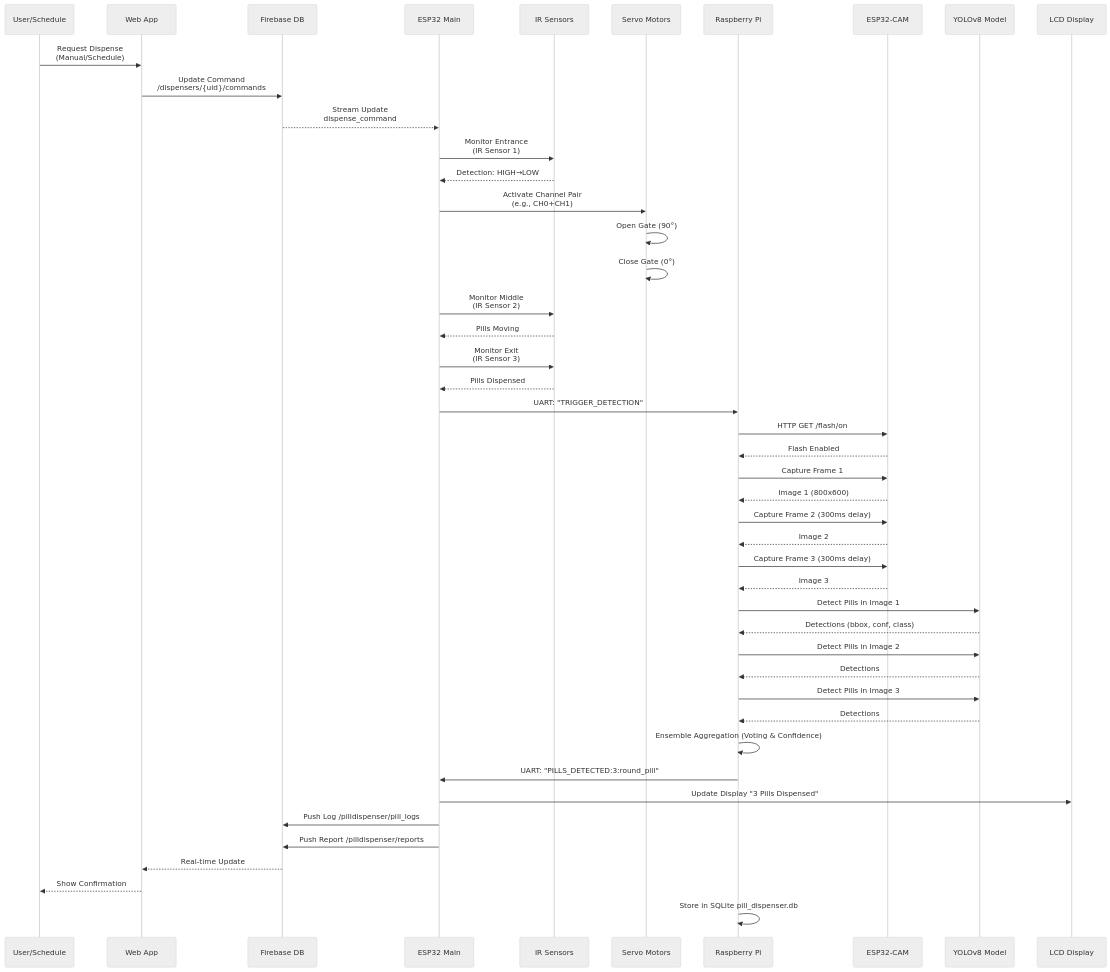
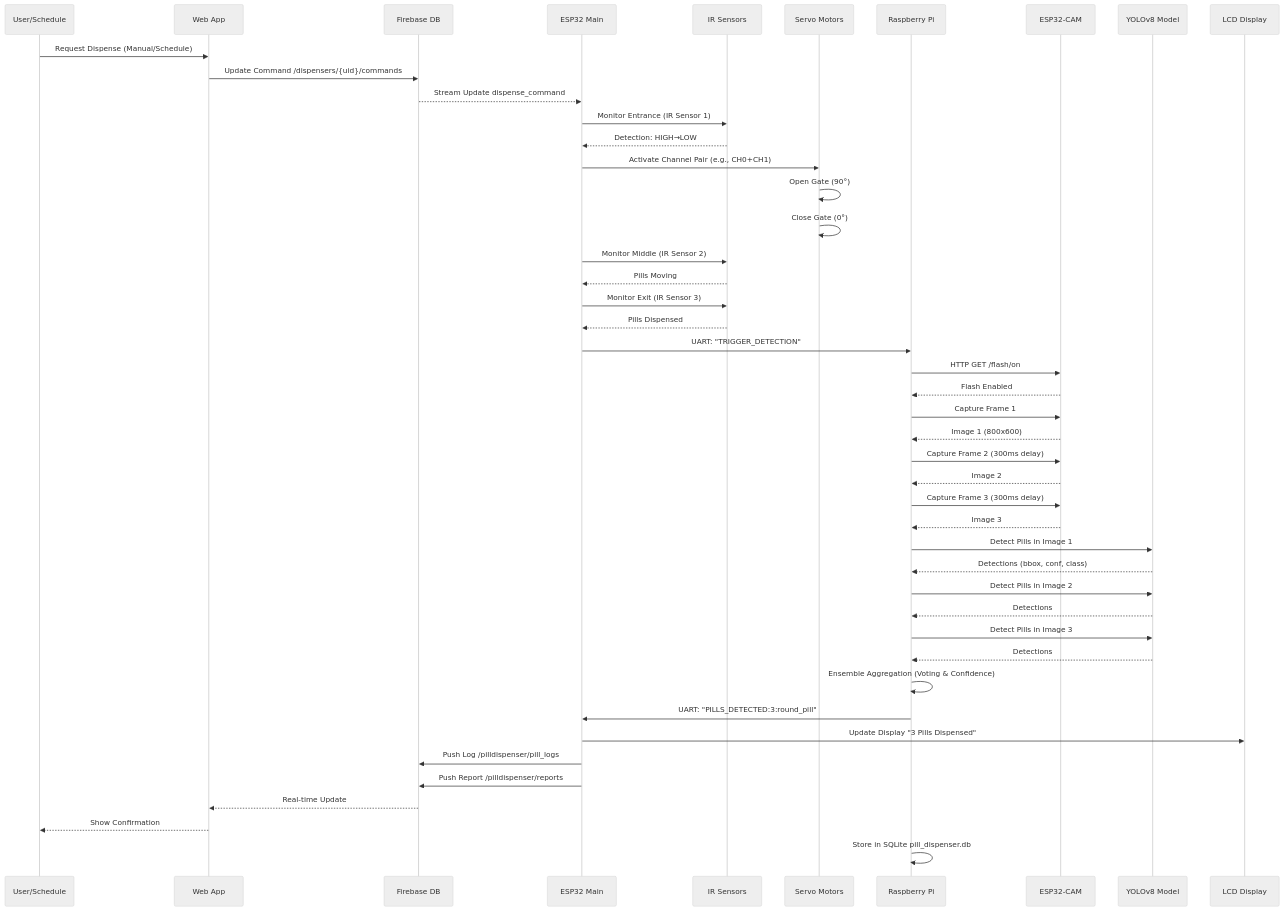
The fifth of 17 diagrams in diagram/MERMAID_DIAGRAMS.md (qppd/Pill-Dispenser-V3), drawn with Mermaid (neutral theme) before and after one commit. The commit also changed other lines of this file, not shown here.

Commit message:
Update Mermaid diagrams with rendering fixes

````diff
--- a/diagram/MERMAID_DIAGRAMS.md
+++ b/diagram/MERMAID_DIAGRAMS.md
@@ -257,61 +257,61 @@
 ```mermaid
 sequenceDiagram
     participant User as User/Schedule
     participant Web as Web App
     participant Firebase as Firebase DB
     participant ESP32 as ESP32 Main
     participant IR as IR Sensors
     participant Servo as Servo Motors
     participant RPI as Raspberry Pi
     participant CAM as ESP32-CAM
     participant YOLO as YOLOv8 Model
     participant LCD as LCD Display
     
-    User->>Web: Request Dispense<br/>(Manual/Schedule)
-    Web->>Firebase: Update Command<br/>/dispensers/{uid}/commands
+    User->>Web: Request Dispense (Manual/Schedule)
+    Web->>Firebase: Update Command /dispensers/{uid}/commands
     
-    Firebase-->>ESP32: Stream Update<br/>dispense_command
+    Firebase-->>ESP32: Stream Update dispense_command
     
-    ESP32->>IR: Monitor Entrance<br/>(IR Sensor 1)
+    ESP32->>IR: Monitor Entrance (IR Sensor 1)
     IR-->>ESP32: Detection: HIGH→LOW
     
-    ESP32->>Servo: Activate Channel Pair<br/>(e.g., CH0+CH1)
+    ESP32->>Servo: Activate Channel Pair (e.g., CH0+CH1)
     Servo->>Servo: Open Gate (90°)
     Servo->>Servo: Close Gate (0°)
     
-    ESP32->>IR: Monitor Middle<br/>(IR Sensor 2)
+    ESP32->>IR: Monitor Middle (IR Sensor 2)
     IR-->>ESP32: Pills Moving
     
-    ESP32->>IR: Monitor Exit<br/>(IR Sensor 3)
+    ESP32->>IR: Monitor Exit (IR Sensor 3)
     IR-->>ESP32: Pills Dispensed
     
     ESP32->>RPI: UART: "TRIGGER_DETECTION"
     
     RPI->>CAM: HTTP GET /flash/on
     CAM-->>RPI: Flash Enabled
     
     RPI->>CAM: Capture Frame 1
     CAM-->>RPI: Image 1 (800x600)
     
     RPI->>CAM: Capture Frame 2 (300ms delay)
     CAM-->>RPI: Image 2
     
     RPI->>CAM: Capture Frame 3 (300ms delay)
     CAM-->>RPI: Image 3
     
     RPI->>YOLO: Detect Pills in Image 1
     YOLO-->>RPI: Detections (bbox, conf, class)
     
     RPI->>YOLO: Detect Pills in Image 2
     YOLO-->>RPI: Detections
     RPI->>YOLO: Detect Pills in Image 3
     YOLO-->>RPI: Detections
     RPI->>RPI: Ensemble Aggregation (Voting & Confidence)
     RPI->>ESP32: UART: "PILLS_DETECTED:3:round_pill"
     ESP32->>LCD: Update Display "3 Pills Dispensed"
     ESP32->>Firebase: Push Log /pilldispenser/pill_logs
     ESP32->>Firebase: Push Report /pilldispenser/reports
     Firebase-->>Web: Real-time Update
     Web-->>User: Show Confirmation
     RPI->>RPI: Store in SQLite pill_dispenser.db
 ```
````
